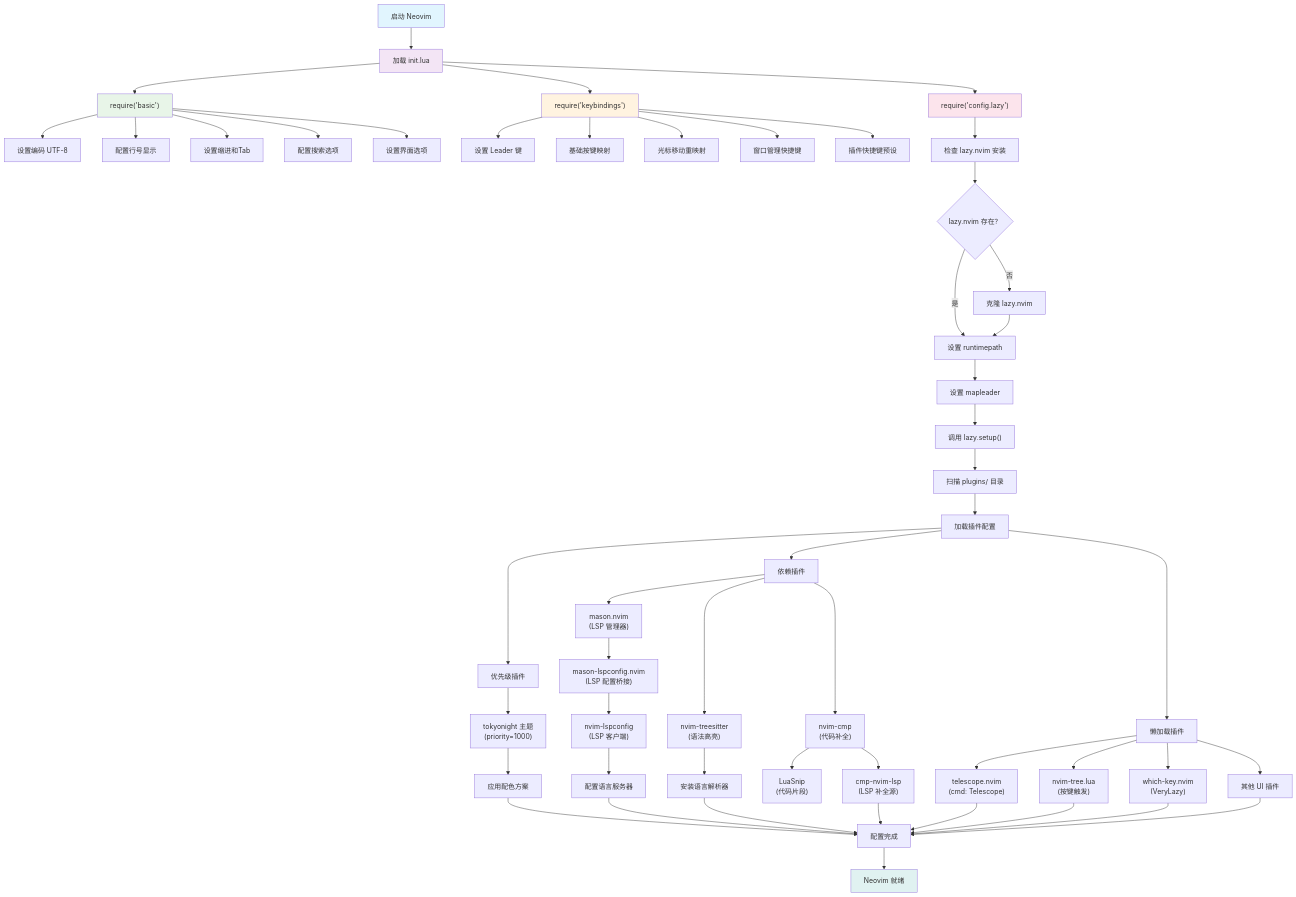
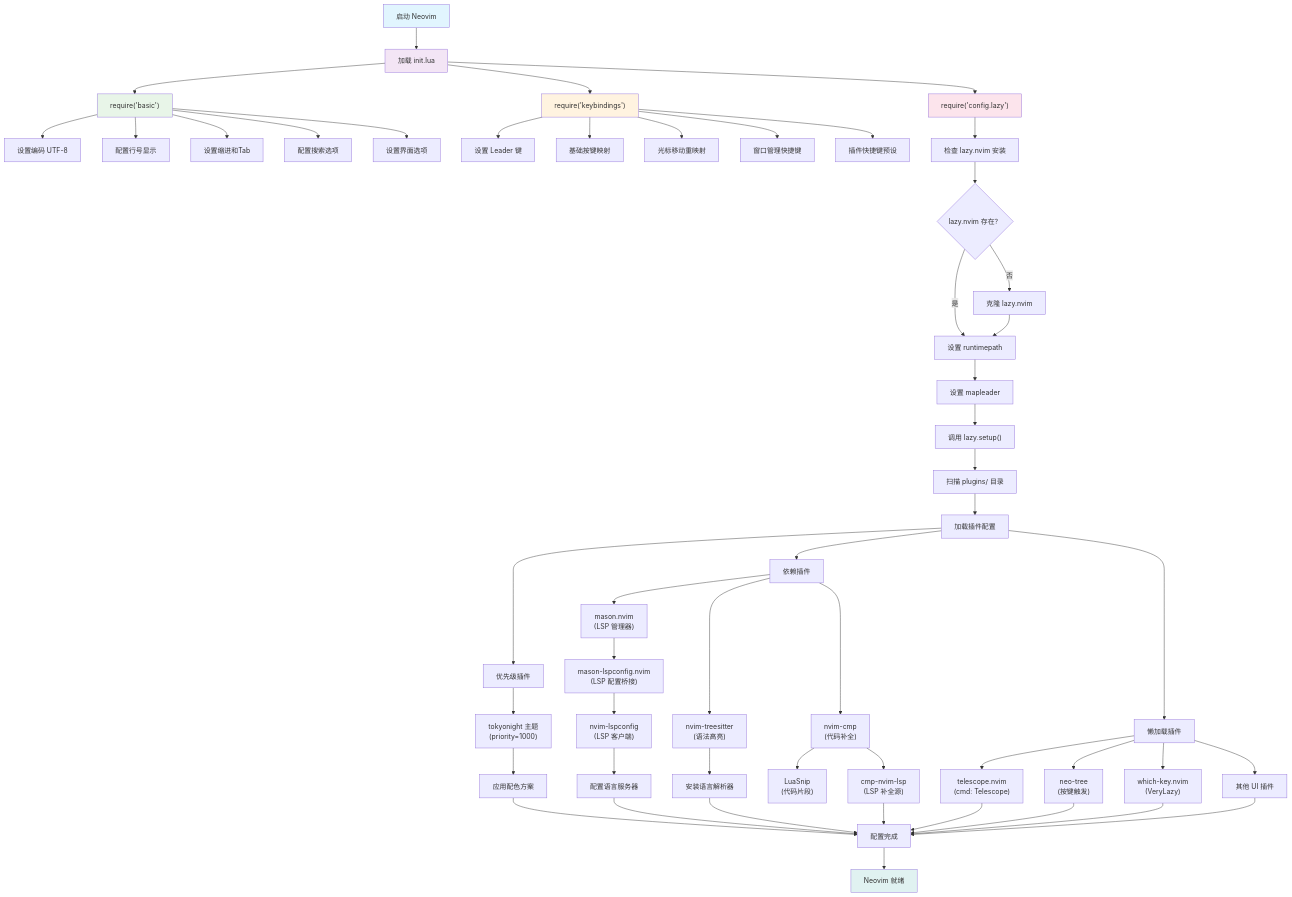
One commit to xiaolitongxue666/nvim changed the diagram in README.md. Above: the diagram before and after it, drawn with Mermaid. The commit also changed other lines of this file and 6 other files, not shown here.

````diff
--- a/README.md
+++ b/README.md
@@ -59,72 +58,72 @@
 ```mermaid
 flowchart TD
     A["启动 Neovim"] --> B["加载 init.lua"]
     B --> C["require('basic')"]
     B --> D["require('keybindings')"]
     B --> E["require('config.lazy')"]
     
     C --> C1["设置编码 UTF-8"]
     C --> C2["配置行号显示"]
     C --> C3["设置缩进和Tab"]
     C --> C4["配置搜索选项"]
     C --> C5["设置界面选项"]
     
     D --> D1["设置 Leader 键"]
     D --> D2["基础按键映射"]
     D --> D3["光标移动重映射"]
     D --> D4["窗口管理快捷键"]
     D --> D5["插件快捷键预设"]
     
     E --> E1["检查 lazy.nvim 安装"]
     E1 --> E2{"lazy.nvim 存在？"}
     E2 -->|否| E3["克隆 lazy.nvim"]
     E2 -->|是| E4["设置 runtimepath"]
     E3 --> E4
     E4 --> E5["设置 mapleader"]
     E5 --> E6["调用 lazy.setup()"]
     
     E6 --> F["扫描 plugins/ 目录"]
     F --> G["加载插件配置"]
     
     G --> H1["优先级插件"]
     G --> H2["依赖插件"]
     G --> H3["懒加载插件"]
     
     H1 --> I1["tokyonight 主题<br/>(priority=1000)"]
     I1 --> I2["应用配色方案"]
     
     H2 --> J1["mason.nvim<br/>(LSP 管理器)"]
     J1 --> J2["mason-lspconfig.nvim<br/>(LSP 配置桥接)"]
     J2 --> J3["nvim-lspconfig<br/>(LSP 客户端)"]
     J3 --> J4["配置语言服务器"]
     
     H2 --> K1["nvim-treesitter<br/>(语法高亮)"]
     K1 --> K2["安装语言解析器"]
     
     H2 --> L1["nvim-cmp<br/>(代码补全)"]
     L1 --> L2["LuaSnip<br/>(代码片段)"]
     L1 --> L3["cmp-nvim-lsp<br/>(LSP 补全源)"]
     
     H3 --> M1["telescope.nvim<br/>(cmd: Telescope)"]
-    H3 --> M2["nvim-tree.lua<br/>(按键触发)"]
+    H3 --> M2["neo-tree<br/>(按键触发)"]
     H3 --> M3["which-key.nvim<br/>(VeryLazy)"]
     H3 --> M4["其他 UI 插件"]
     
     I2 --> N["配置完成"]
     J4 --> N
     K2 --> N
     L3 --> N
     M1 --> N
     M2 --> N
     M3 --> N
     M4 --> N
     
     N --> O["Neovim 就绪"]
     
     style A fill:#e1f5fe
     style B fill:#f3e5f5
     style C fill:#e8f5e8
     style D fill:#fff3e0
     style E fill:#fce4ec
     style O fill:#e0f2f1
 ```
````
